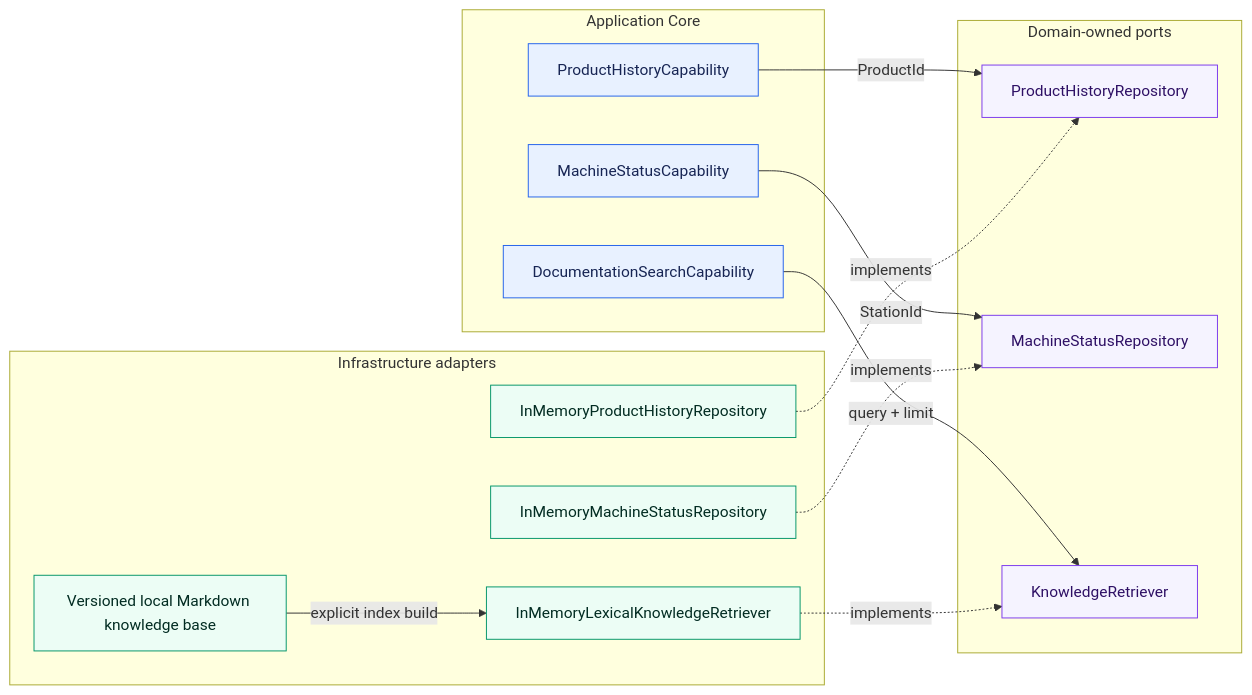
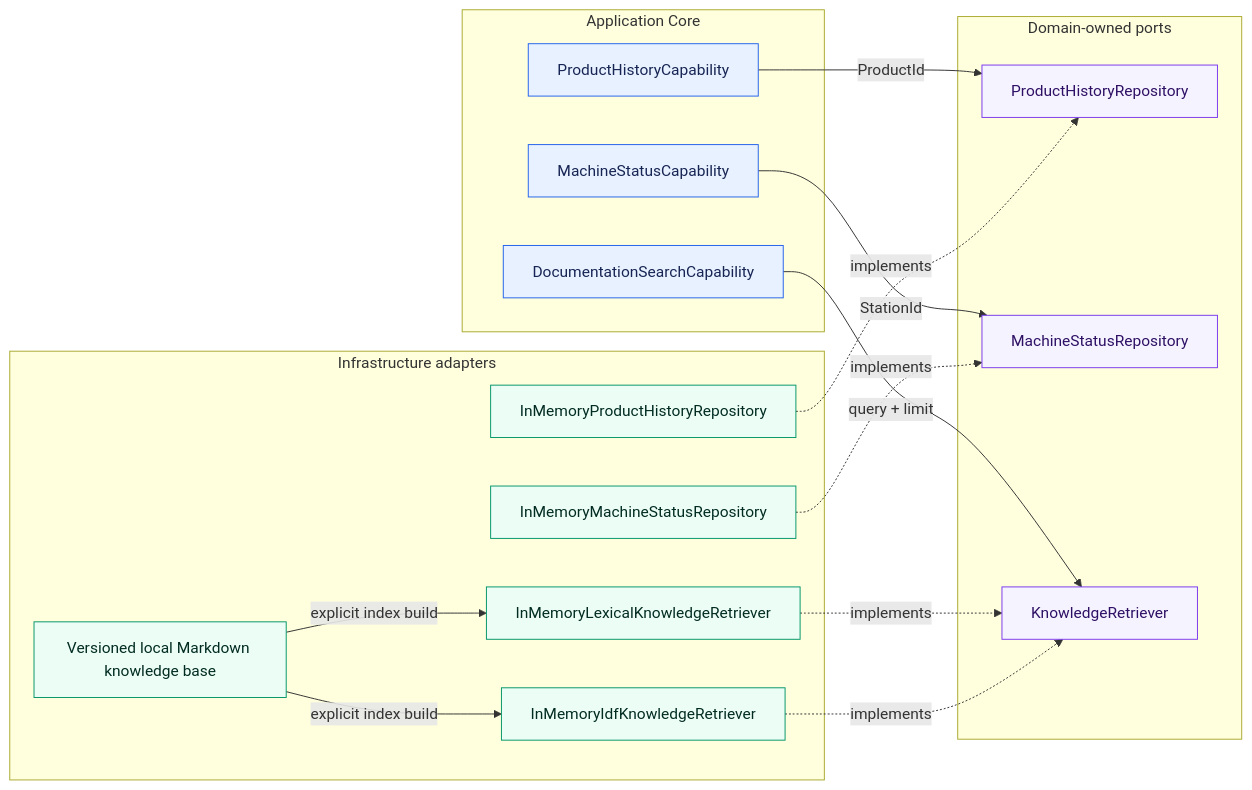
One commit to aboerzel/industrial-ai-agent changed the first of 8 diagrams in docs/architecture/overview.md. Above: the diagram before and after it, drawn with Mermaid. The commit also changed other lines of this file and 9 other files, not shown here.

Commit message:
feat: add IDF knowledge retrieval strategy

````diff
--- a/docs/architecture/overview.md
+++ b/docs/architecture/overview.md
@@ -15,36 +16,39 @@
 ```mermaid
 flowchart LR
     subgraph Core["Application Core"]
         PHC["ProductHistoryCapability"]
         MSC["MachineStatusCapability"]
         DSC["DocumentationSearchCapability"]
     end
 
     subgraph Ports["Domain-owned ports"]
         PHR["ProductHistoryRepository"]
         MSR["MachineStatusRepository"]
         KR["KnowledgeRetriever"]
     end
 
     subgraph Infrastructure["Infrastructure adapters"]
         PHM["InMemoryProductHistoryRepository"]
         MSM["InMemoryMachineStatusRepository"]
         LKR["InMemoryLexicalKnowledgeRetriever"]
+        IDF["InMemoryIdfKnowledgeRetriever"]
         KB["Versioned local Markdown knowledge base"]
     end
 
     PHC -->|"ProductId"| PHR
     MSC -->|"StationId"| MSR
     DSC -->|"query + limit"| KR
     PHM -.->|"implements"| PHR
     MSM -.->|"implements"| MSR
     LKR -.->|"implements"| KR
+    IDF -.->|"implements"| KR
     KB -->|"explicit index build"| LKR
+    KB -->|"explicit index build"| IDF
 
     classDef core fill:#e8f1ff,stroke:#2563eb,color:#172554
     classDef port fill:#f5f3ff,stroke:#7c3aed,color:#2e1065
     classDef adapter fill:#ecfdf5,stroke:#059669,color:#022c22
     class PHC,MSC,DSC core
     class PHR,MSR,KR port
-    class PHM,MSM,LKR,KB adapter
+    class PHM,MSM,LKR,IDF,KB adapter
 ```
````
